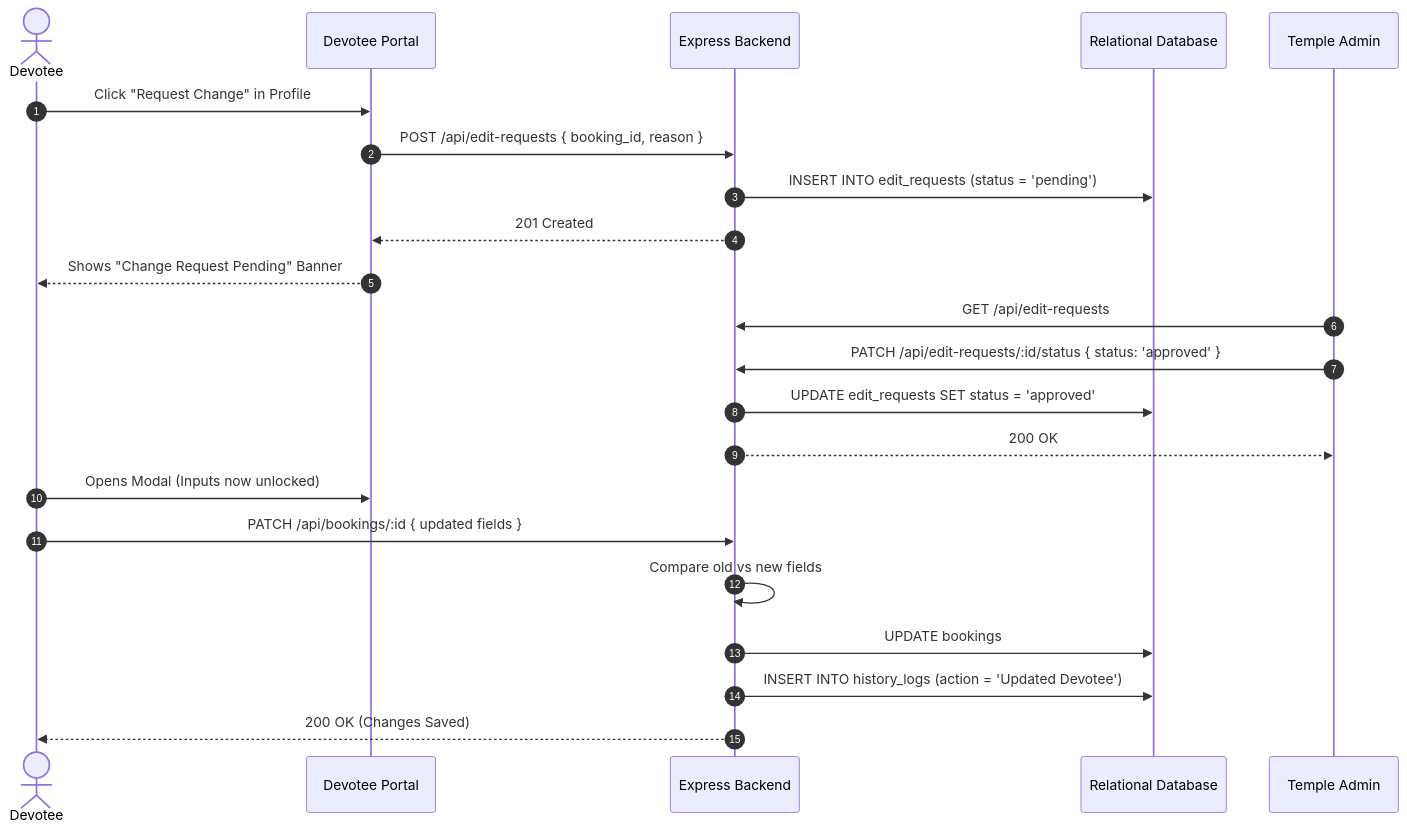
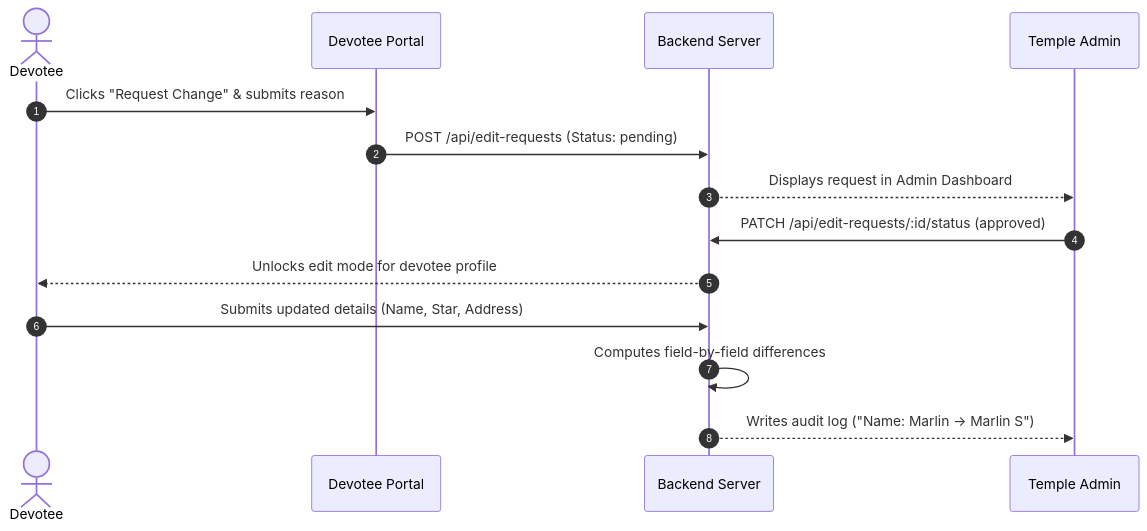
One commit to marlinabishak/Vairavan_Koil changed the second of 3 diagrams in END_TO_END_SYSTEM_MANUAL.md. Above: the diagram before and after it, drawn with Mermaid. The commit also changed other lines of this file, not shown here.

````diff
--- a/END_TO_END_SYSTEM_MANUAL.md
+++ b/END_TO_END_SYSTEM_MANUAL.md
@@ -172,25 +140,17 @@
 ```mermaid
 sequenceDiagram
     autonumber
     actor Devotee
     participant Portal as Devotee Portal
-    participant API as Express Backend
-    participant DB as Relational Database
+    participant API as Backend Server
     participant Admin as Temple Admin
 
-    Devotee->>Portal: Click "Request Change" in Profile
-    Portal->>API: POST /api/edit-requests { booking_id, reason }
-    API->>DB: INSERT INTO edit_requests (status = 'pending')
-    API-->>Portal: 201 Created
-    Portal-->>Devotee: Shows "Change Request Pending" Banner
-    Admin->>API: GET /api/edit-requests
-    Admin->>API: PATCH /api/edit-requests/:id/status { status: 'approved' }
-    API->>DB: UPDATE edit_requests SET status = 'approved'
-    API-->>Admin: 200 OK
-    Devotee->>Portal: Opens Modal (Inputs now unlocked)
-    Devotee->>API: PATCH /api/bookings/:id { updated fields }
-    API->>API: Compare old vs new fields
-    API->>DB: UPDATE bookings
-    API->>DB: INSERT INTO history_logs (action = 'Updated Devotee')
-    API-->>Devotee: 200 OK (Changes Saved)
+    Devotee->>Portal: Clicks "Request Change" & submits reason
+    Portal->>API: POST /api/edit-requests (Status: pending)
+    API-->>Admin: Displays request in Admin Dashboard
+    Admin->>API: PATCH /api/edit-requests/:id/status (approved)
+    API-->>Devotee: Unlocks edit mode for devotee profile
+    Devotee->>API: Submits updated details (Name, Star, Address)
+    API->>API: Computes field-by-field differences
+    API-->>Admin: Writes audit log ("Name: Marlin -> Marlin S")
 ```
````
